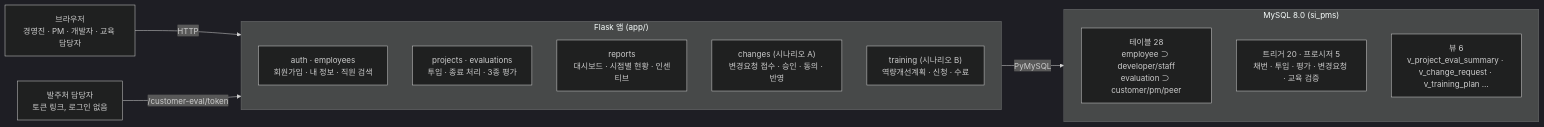
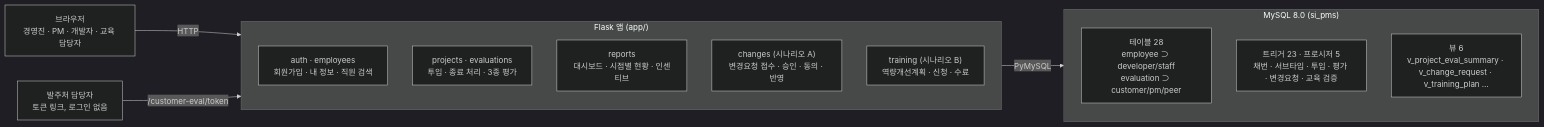
One commit to moovingGun/database-teamproject changed the first of 2 diagrams in README.md. Above: the diagram before and after it, drawn with Mermaid (dark theme). The commit also changed other lines of this file and 40 other files, not shown here.

````diff
--- a/README.md
+++ b/README.md
@@ -65,20 +65,20 @@
 ```mermaid
 flowchart LR
   B["브라우저<br/>경영진 · PM · 개발자 · 교육 담당자"] -->|HTTP| F
   C["발주처 담당자<br/>토큰 링크, 로그인 없음"] -->|/customer-eval/token| F
   subgraph F["Flask 앱 (app/)"]
     direction TB
     a1["auth · employees<br/>회원가입 · 내 정보 · 직원 검색"]
     a3["projects · evaluations<br/>투입 · 종료 처리 · 3종 평가"]
     a5["reports<br/>대시보드 · 시점별 현황 · 인센티브"]
     a6["changes (시나리오 A)<br/>변경요청 접수 · 승인 · 동의 · 반영"]
     a7["training (시나리오 B)<br/>역량개선계획 · 신청 · 수료"]
   end
   F -->|PyMySQL| D
   subgraph D["MySQL 8.0 (si_pms)"]
     direction TB
     d1["테이블 28<br/>employee ⊃ developer/staff<br/>evaluation ⊃ customer/pm/peer"]
-    d2["트리거 20 · 프로시저 5<br/>채번 · 투입 · 평가 · 변경요청 · 교육 검증"]
+    d2["트리거 23 · 프로시저 5<br/>채번 · 서브타입 · 투입 · 평가 · 변경요청 · 교육 검증"]
     d3["뷰 6<br/>v_project_eval_summary · v_change_request · v_training_plan …"]
   end
 ```
````
